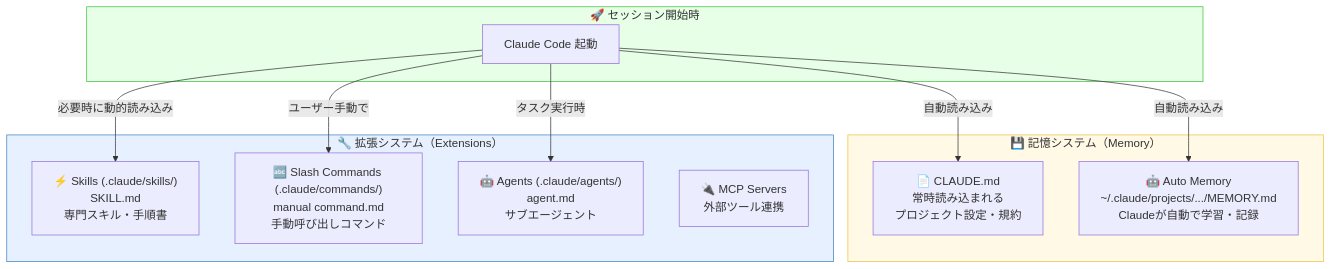
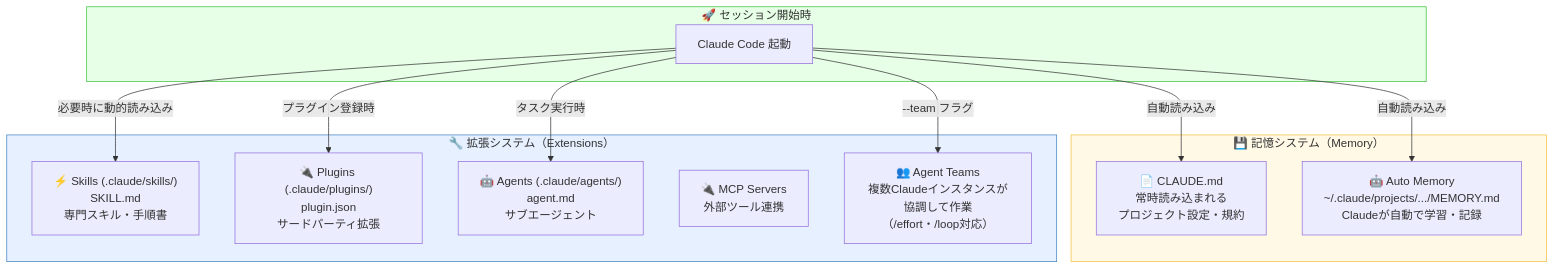
Before and after one commit to myoshi2891/Comparison-of-LLMs: the second of 12 diagrams in claude/skill-guide-for-claude.md, drawn with Mermaid. The commit also changed other lines of this file and 14 other files, not shown here.

````diff
--- a/claude/skill-guide-for-claude.md
+++ b/claude/skill-guide-for-claude.md
@@ -60,27 +60,29 @@
 ```mermaid
 graph TD
     subgraph 記憶システム["💾 記憶システム（Memory）"]
         A["📄 CLAUDE.md<br>常時読み込まれる<br>プロジェクト設定・規約"]
         B["🤖 Auto Memory<br>~/.claude/projects/.../MEMORY.md<br>Claudeが自動で学習・記録"]
     end
 
     subgraph 拡張システム["🔧 拡張システム（Extensions）"]
         C["⚡ Skills (.claude/skills/)<br>SKILL.md<br>専門スキル・手順書"]
-        D["🔤 Slash Commands (.claude/commands/)<br>manual command.md<br>手動呼び出しコマンド"]
+        D["🔌 Plugins (.claude/plugins/)<br>plugin.json<br>サードパーティ拡張"]
         E["🤖 Agents (.claude/agents/)<br>agent.md<br>サブエージェント"]
         F["🔌 MCP Servers<br>外部ツール連携"]
+        G["👥 Agent Teams<br>複数Claudeインスタンスが<br>協調して作業（/effort・/loop対応）"]
     end
 
     subgraph 実行["🚀 セッション開始時"]
-        G["Claude Code 起動"]
-        G -->|自動読み込み| A
-        G -->|自動読み込み| B
-        G -->|必要時に動的読み込み| C
-        G -->|ユーザー手動で| D
-        G -->|タスク実行時| E
+        H["Claude Code 起動"]
+        H -->|自動読み込み| A
+        H -->|自動読み込み| B
+        H -->|必要時に動的読み込み| C
+        H -->|プラグイン登録時| D
+        H -->|タスク実行時| E
+        H -->|--team フラグ| G
     end
 
     style 記憶システム fill:#fff9e6,stroke:#f0c040
     style 拡張システム fill:#e6f0ff,stroke:#4080c0
     style 実行 fill:#e6ffe6,stroke:#40c040
 ```
````
